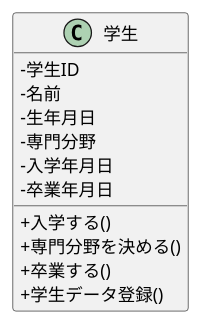
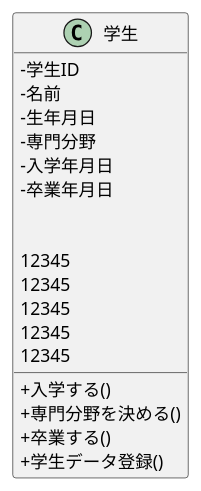
One commit to ko246/ohara_uml changed the diagram in 05_web_ronbun/class.pu. Above: the diagram before and after it, drawn with PlantUML. The commit also changed 31 other files, not shown here.

```diff
--- a/05_web_ronbun/class.pu
+++ b/05_web_ronbun/class.pu
@@ -1,19 +1,26 @@
 @startuml class
 skinparam classAttributeIconSize 0
 class 学生 {
 
     -学生ID 
     -名前
     -生年月日
     -専門分野
     -入学年月日
     -卒業年月日
 
     +入学する()
     +専門分野を決める()
     +卒業する()
     ' シーケンス図をもとに追加
     +学生データ登録()
+
+    12345
+    12345
+    12345
+    12345
+    12345
+
 }
 
 @enduml
```
